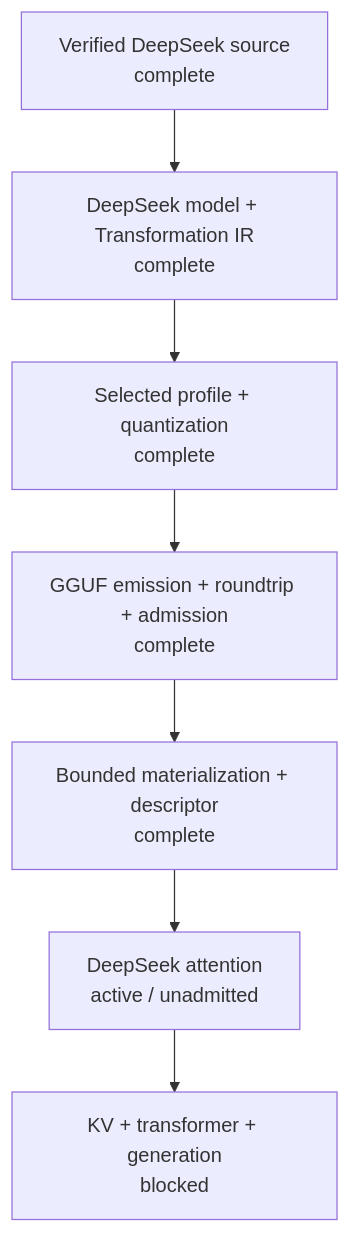
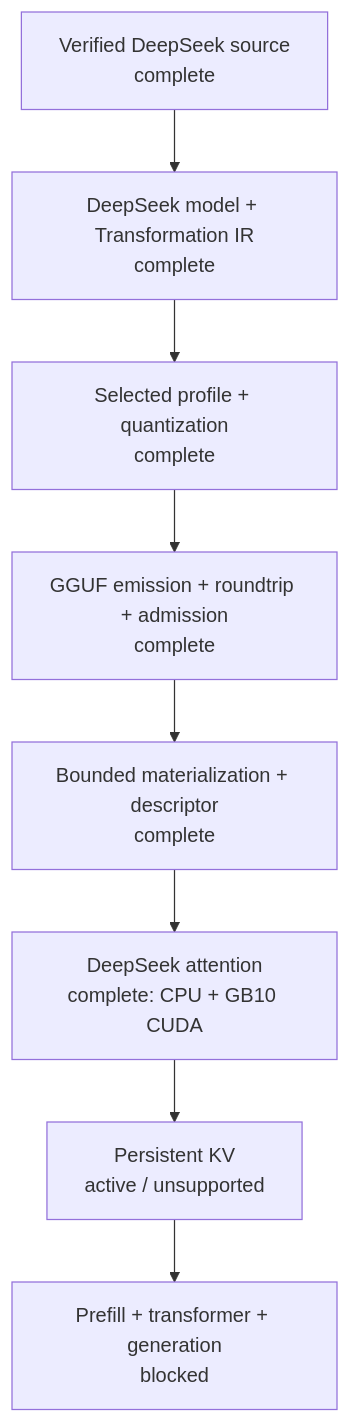
The diagram in README.md (yailabs/yvex), drawn with Mermaid before and after one commit. The commit also changed other lines of this file and 42 other files, not shown here.

Commit message:
Complete DeepSeek attention execution

````diff
--- a/README.md
+++ b/README.md
@@ -58,9 +59,10 @@
 ```mermaid
 flowchart TD
     S["Verified DeepSeek source<br/>complete"] --> M["DeepSeek model + Transformation IR<br/>complete"]
     M --> Q["Selected profile + quantization<br/>complete"]
     Q --> G["GGUF emission + roundtrip + admission<br/>complete"]
     G --> R["Bounded materialization + descriptor<br/>complete"]
-    R --> A["DeepSeek attention<br/>active / unadmitted"]
-    A --> K["KV + transformer + generation<br/>blocked"]
+    R --> A["DeepSeek attention<br/>complete: CPU + GB10 CUDA"]
+    A --> K["Persistent KV<br/>active / unsupported"]
+    K --> T["Prefill + transformer + generation<br/>blocked"]
 ```
````
